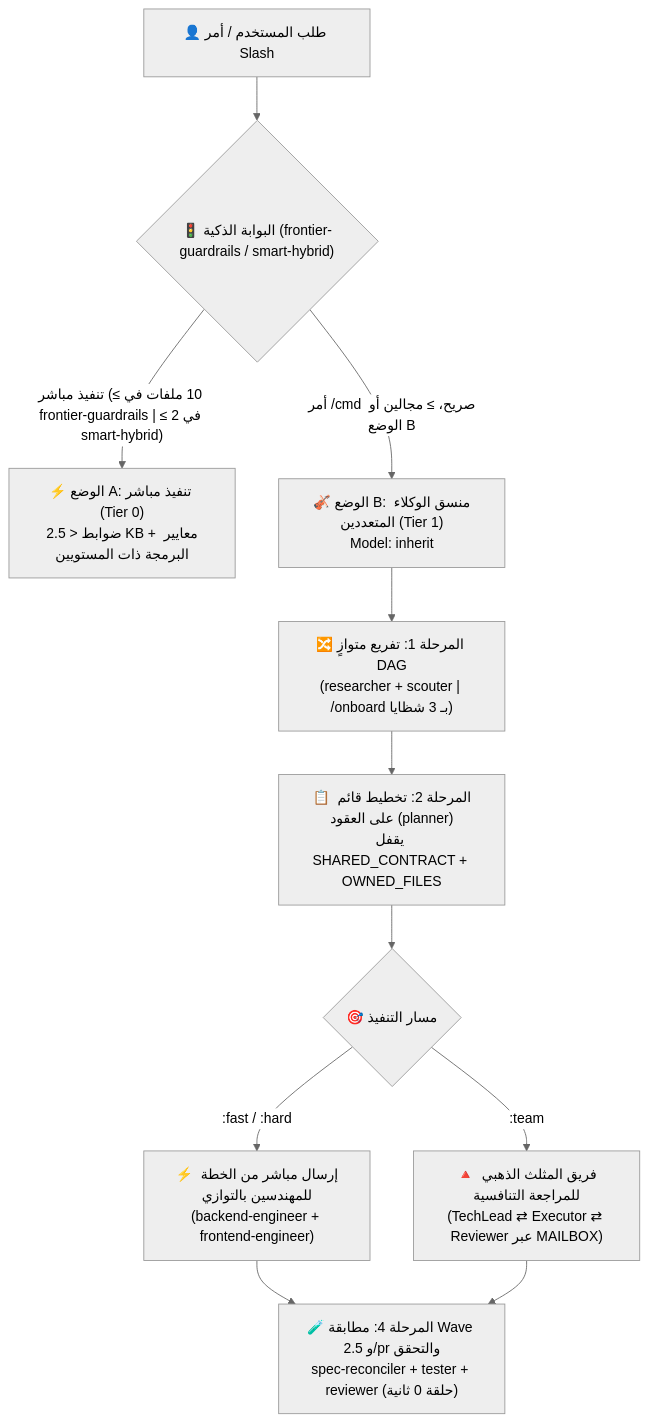
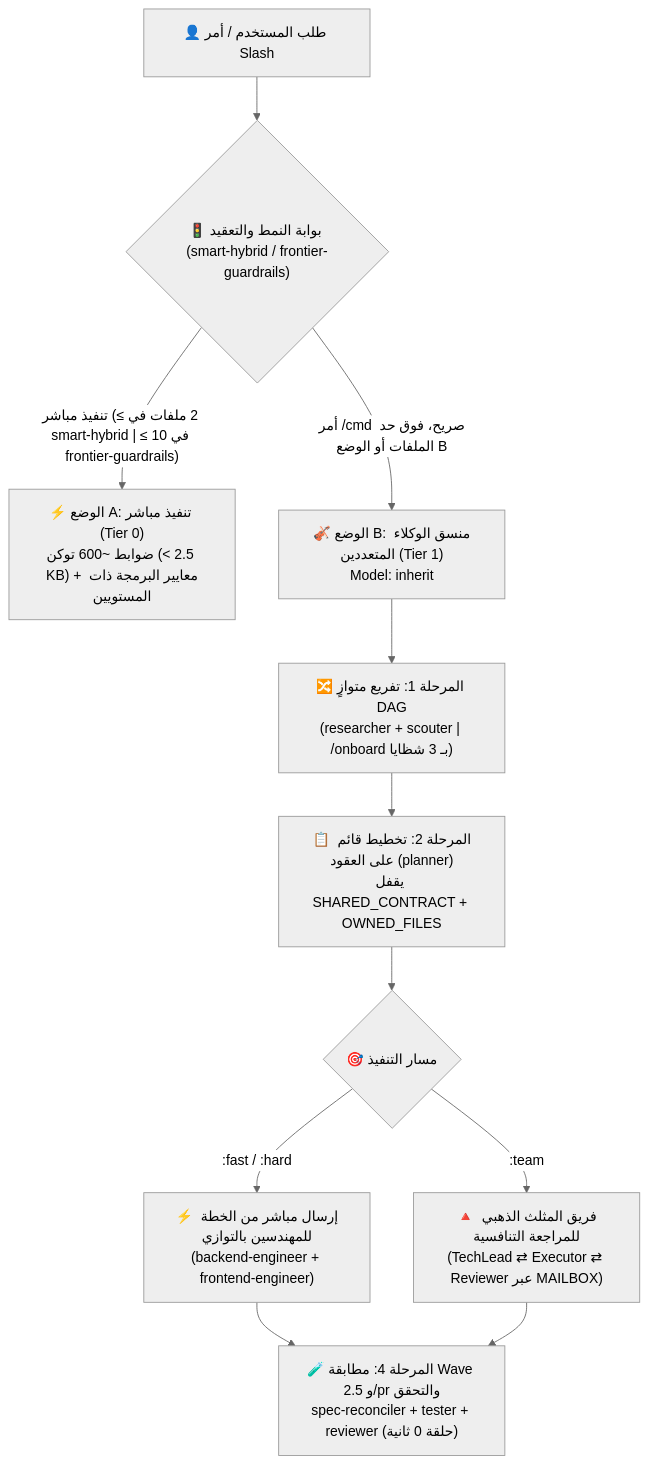
One commit to Kennyboom/BoomOpen-Workflow-Kit-Pro changed the diagram in i18n/README.ar.md. Above: the diagram before and after it, drawn with Mermaid (neutral theme). The commit also changed other lines of this file and 16 other files, not shown here.

Commit message:
docs(i18n,changelog): align all 16 localized READMEs and CHANGELOG to smart-hybrid default

````diff
--- a/i18n/README.ar.md
+++ b/i18n/README.ar.md
@@ -59,16 +60,16 @@
 ```mermaid
 flowchart TD
-    User["👤 طلب المستخدم / أمر Slash"] --> Gate{"🚦 البوابة الذكية (frontier-guardrails / smart-hybrid)"}
-    Gate -->|"تنفيذ مباشر (≤ 10 ملفات في frontier-guardrails | ≤ 2 في smart-hybrid)"| ModeA["⚡ الوضع A: تنفيذ مباشر (Tier 0)<br/>ضوابط < 2.5 KB + معايير البرمجة ذات المستويين"]
-    Gate -->|"أمر /cmd صريح، ≥ مجالين أو الوضع B"| ModeB["🎻 الوضع B: منسق الوكلاء المتعددين (Tier 1)<br/>Model: inherit"]
+    User["👤 طلب المستخدم / أمر Slash"] --> Gate{"🚦 بوابة النمط والتعقيد (smart-hybrid / frontier-guardrails)"}
+    Gate -->|"تنفيذ مباشر (≤ 2 ملفات في smart-hybrid | ≤ 10 في frontier-guardrails)"| ModeA["⚡ الوضع A: تنفيذ مباشر (Tier 0)<br/>ضوابط ~600 توكن (< 2.5 KB) + معايير البرمجة ذات المستويين"]
+    Gate -->|"أمر /cmd صريح، فوق حد الملفات أو الوضع B"| ModeB["🎻 الوضع B: منسق الوكلاء المتعددين (Tier 1)<br/>Model: inherit"]
 
     ModeB --> FanOut["🔀 المرحلة 1: تفريع متوازٍ DAG<br/>(researcher + scouter | /onboard بـ 3 شظايا)"]
     FanOut --> Plan["📋 المرحلة 2: تخطيط قائم على العقود (planner)<br/>يقفل SHARED_CONTRACT + OWNED_FILES"]
     Plan --> Dispatch{"🎯 مسار التنفيذ"}
 
     Dispatch -->|":fast / :hard"| Direct["⚡ إرسال مباشر من الخطة للمهندسين بالتوازي<br/>(backend-engineer + frontend-engineer)"]
     Dispatch -->|":team"| Triangle["🔺 فريق المثلث الذهبي للمراجعة التنافسية<br/>(TechLead ⇄ Executor ⇄ Reviewer عبر MAILBOX)"]
 
     Direct --> Verify["🧪 المرحلة 4: مطابقة Wave 2.5 و/pr والتحقق<br/>spec-reconciler + tester + reviewer (حلقة 0 ثانية)"]
     Triangle --> Verify
 ```
````
